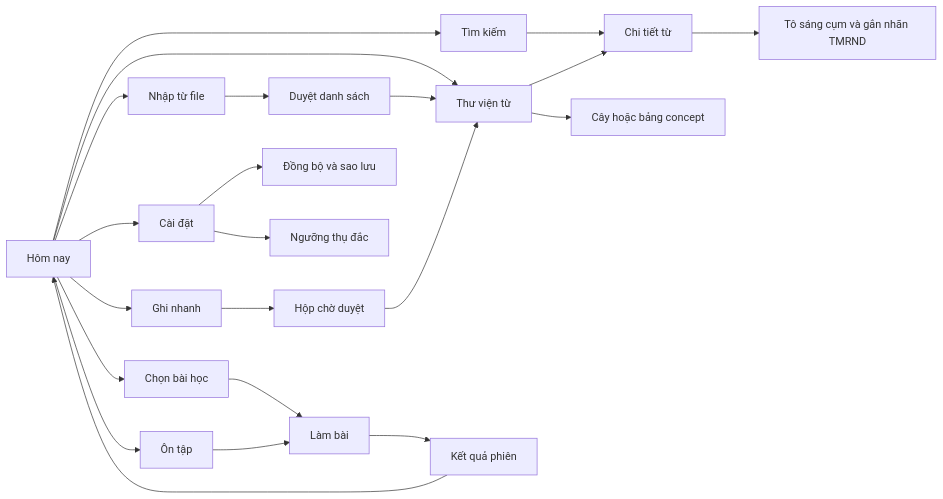
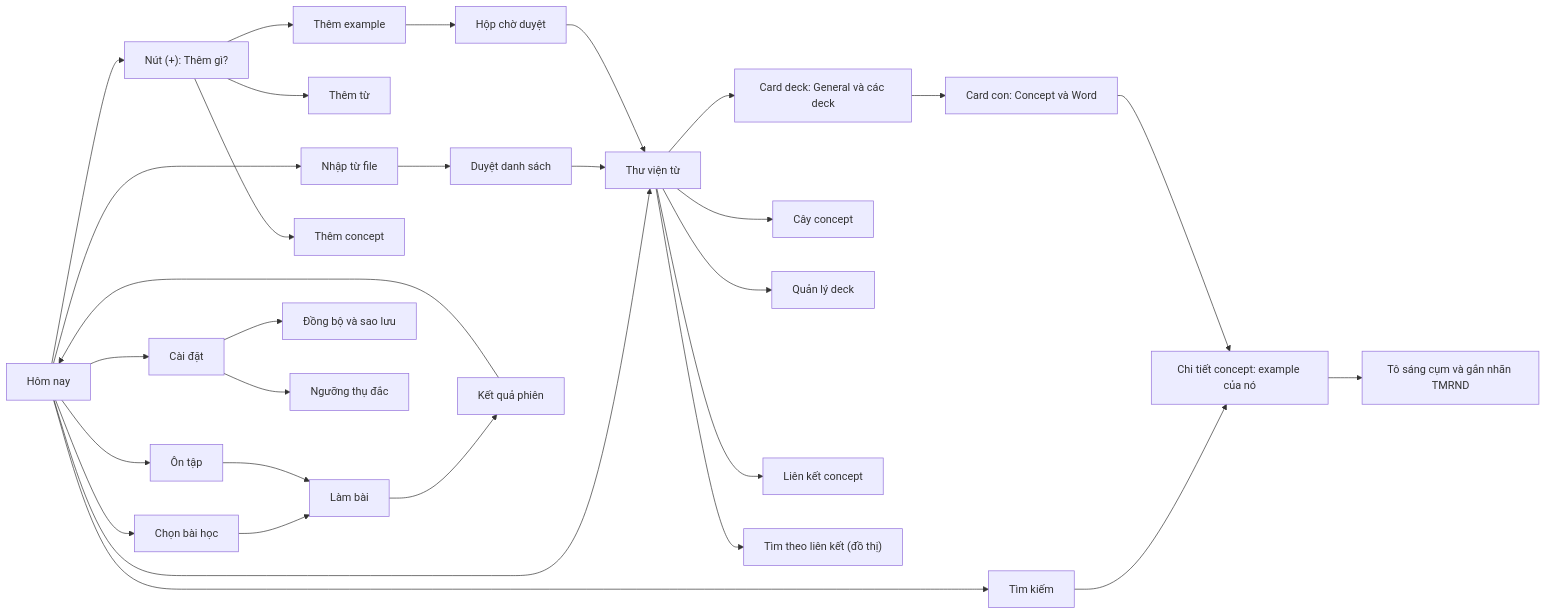
The fourth of 6 diagrams in docs/user-journey.md (thnhu/duo), drawn with Mermaid before and after one commit. The commit also changed other lines of this file and 2 other files, not shown here.

Commit message:
Docs: spec v11, user journey and CLAUDE.md for the add flow, General deck and sub decks

````diff
--- a/docs/user-journey.md
+++ b/docs/user-journey.md
@@ -95,25 +95,33 @@
 ```mermaid
 flowchart LR
     HOME["Hôm nay"] --> LEARN["Chọn bài học"]
     HOME --> REVIEW["Ôn tập"]
     HOME --> IMPORT["Nhập từ file"]
-    HOME --> QUICK["Ghi nhanh"]
+    HOME --> QUICK["Nút (+): Thêm gì?"]
     HOME --> LIB["Thư viện từ"]
     HOME --> SET["Cài đặt"]
     HOME --> SEARCH["Tìm kiếm"]
     SEARCH --> DETAIL
 
     IMPORT --> LIST["Duyệt danh sách"]
     LIST --> LIB
-    QUICK --> INBOX["Hộp chờ duyệt"]
+    QUICK --> WORD["Thêm từ"]
+    QUICK --> EXAM["Thêm example"]
+    QUICK --> CONC["Thêm concept"]
+    EXAM --> INBOX["Hộp chờ duyệt"]
     INBOX --> LIB
-    LIB --> DETAIL["Chi tiết từ"]
+    LIB --> DECKS["Card deck: General và các deck"]
+    DECKS --> SUB["Card con: Concept và Word"]
+    SUB --> DETAIL["Chi tiết concept: example của nó"]
     DETAIL --> HL["Tô sáng cụm và gắn nhãn TMRND"]
-    LIB --> TREE["Cây hoặc bảng concept"]
+    LIB --> TREE["Cây concept"]
+    LIB --> DECK["Quản lý deck"]
+    LIB --> LINKS["Liên kết concept"]
+    LIB --> ASSOC["Tìm theo liên kết (đồ thị)"]
     LEARN --> EX["Làm bài"]
     REVIEW --> EX
     EX --> RESULT["Kết quả phiên"]
     RESULT --> HOME
     SET --> SYNC["Đồng bộ và sao lưu"]
     SET --> CRIT["Ngưỡng thụ đắc"]
 ```
````
